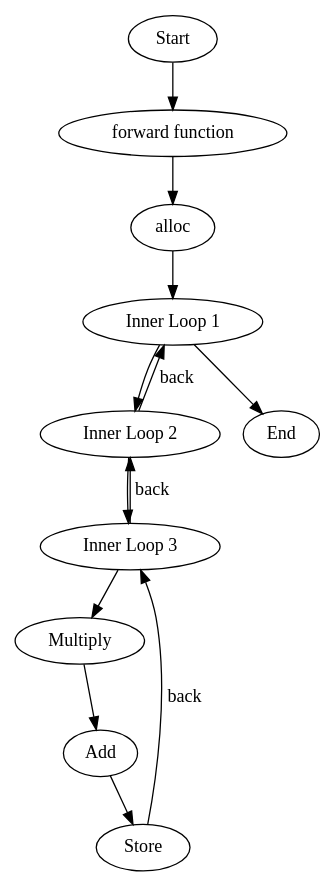
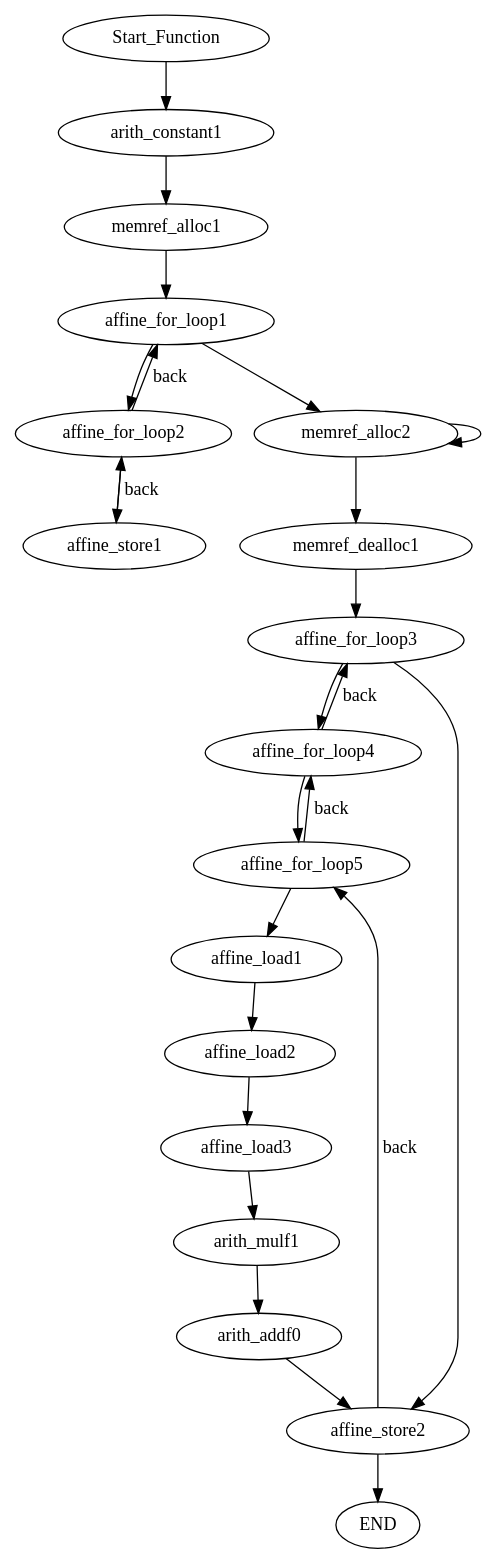
Before and after one commit to anniezfy/IR_DOT: the diagram in README.md, drawn with Graphviz.

````diff
--- a/README.md
+++ b/README.md
@@ -127,29 +127,46 @@
 ```dot
-digraph MLIR {
-  // 节点定义
-  start [label="Start"];
-  forward_func [label="forward function"];
-  alloc [label="alloc"];
-  inner_loop1 [label="Inner Loop 1"];
-  inner_loop2 [label="Inner Loop 2"];
-  inner_loop3 [label="Inner Loop 3"];
-  add [label="Add"];
-  mul [label="Multiply"];
-  store [label="Store"];
-  end [label="End"];
-
-  // 边定义
-  start -> forward_func;
-  forward_func -> alloc;
-  alloc -> inner_loop1;
-  inner_loop1 -> inner_loop2;
-  inner_loop2 -> inner_loop3;
-  inner_loop3 -> mul;
-  mul -> add;
-  add -> store;
-  store -> inner_loop3 [label="back"];
-  inner_loop3 -> inner_loop2 [label="back"];
-  inner_loop2 -> inner_loop1 [label="back"];
-  inner_loop1 -> end;
+digraph GEMM{
+Start_Function
+arith_constant1
+memref_alloc1
+affine_for_loop1
+affine_for_loop2
+affine_store1
+memref_alloc2
+memref_dealloc1
+affine_for_loop3
+affine_for_loop4
+affine_for_loop5
+affine_load1
+affine_load2
+affine_load3
+arith_mulf1
+arith_addf0
+affine_store2
+END
+Start_Function -> arith_constant1;
+arith_constant1 -> memref_alloc1;
+memref_alloc1 -> affine_for_loop1;
+affine_for_loop1 -> affine_for_loop2;
+affine_for_loop2 -> affine_store1;
+affine_store1 -> affine_for_loop2 [label="back"];
+affine_for_loop2 -> affine_for_loop1 [label="back"];
+affine_for_loop1 -> memref_alloc2;
+memref_alloc2 -> memref_alloc2;
+memref_alloc2 -> memref_dealloc1;
+memref_dealloc1 -> affine_for_loop3;
+affine_for_loop3 -> affine_for_loop4;
+affine_for_loop4 -> affine_for_loop5;
+affine_for_loop5 -> affine_load1;
+affine_load1 -> affine_load2;
+affine_load2 -> affine_load3;
+affine_load3 -> arith_mulf1;
+arith_mulf1 -> arith_addf0;
+arith_addf0 -> affine_store2;
+affine_store2 -> affine_for_loop5 [label="back"];
+affine_for_loop5 -> affine_for_loop4 [label="back"];
+affine_for_loop4 -> affine_for_loop3 [label="back"];
+affine_for_loop3 -> affine_store2;
+affine_store2 -> END;
 }
 ```
````
